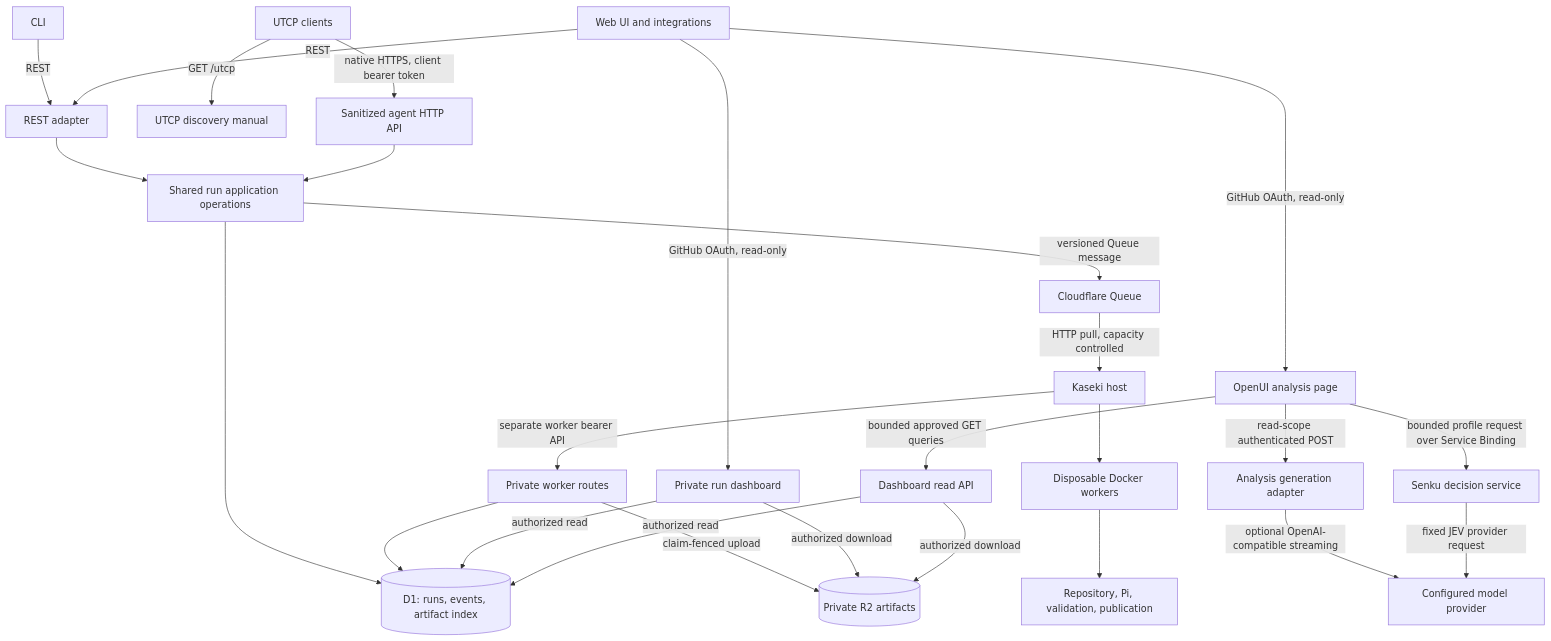
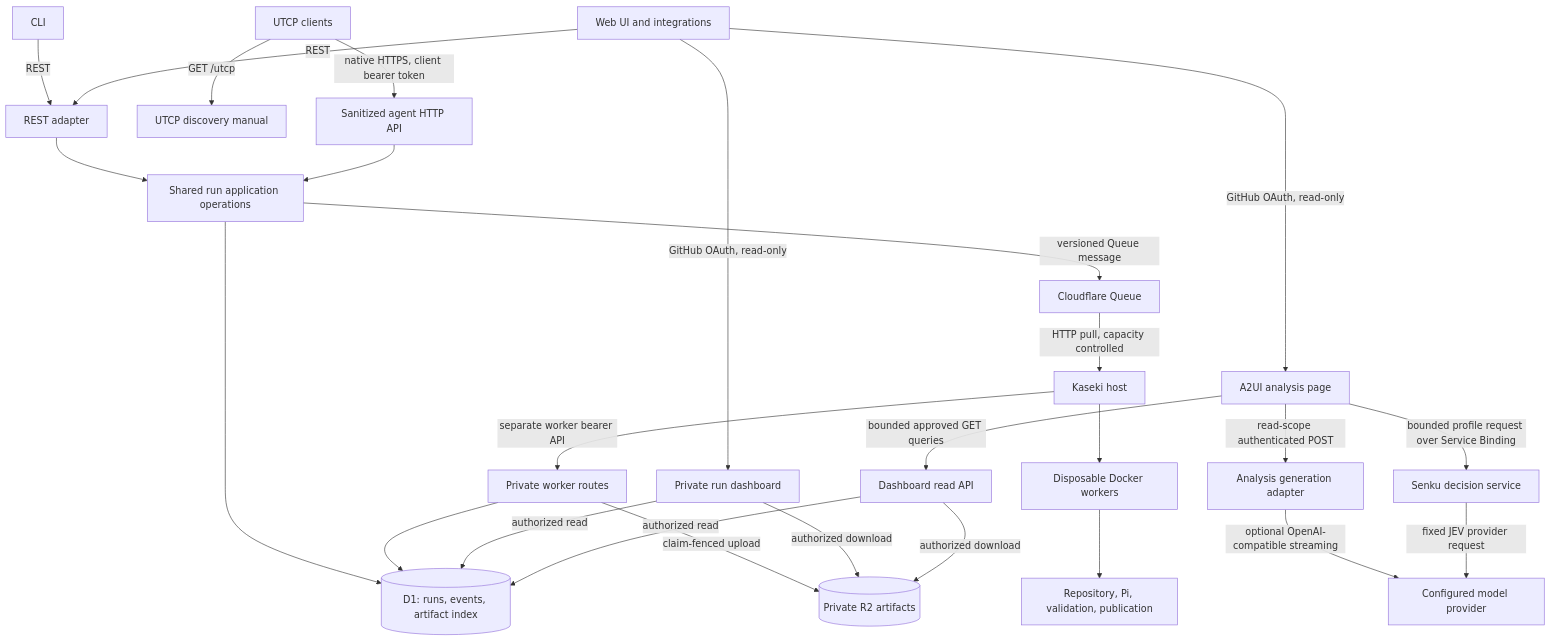
The first of 2 diagrams in docs/ARCHITECTURE.md (CyanAutomation/soyuz), drawn with Mermaid before and after one commit. The commit also changed other lines of this file and 52 other files, not shown here.

````diff
--- a/docs/ARCHITECTURE.md
+++ b/docs/ARCHITECTURE.md
@@ -3,28 +3,28 @@
 ```mermaid
 flowchart TD
     CLI[CLI] -->|REST| REST[REST adapter]
     UI[Web UI and integrations] -->|REST| REST
     UI -->|GitHub OAuth, read-only| Dashboard[Private run dashboard]
-    UI -->|GitHub OAuth, read-only| Analysis[OpenUI analysis page]
+    UI -->|GitHub OAuth, read-only| Analysis[A2UI analysis page]
     Analysis -->|bounded approved GET queries| DashboardApi[Dashboard read API]
     Analysis -->|read-scope authenticated POST| Generation[Analysis generation adapter]
     Generation -->|optional OpenAI-compatible streaming| Provider[Configured model provider]
     Analysis -->|bounded profile request over Service Binding| Senku[Senku decision service]
     Senku -->|fixed JEV provider request| Provider
     AI[UTCP clients] -->|GET /utcp| Manual[UTCP discovery manual]
     AI -->|native HTTPS, client bearer token| AgentApi[Sanitized agent HTTP API]
     REST --> App[Shared run application operations]
     AgentApi --> App
     App --> D1[(D1: runs, events, artifact index)]
     App -->|versioned Queue message| Q[Cloudflare Queue]
     Q -->|HTTP pull, capacity controlled| K[Kaseki host]
     K -->|separate worker bearer API| Worker[Private worker routes]
     Worker --> D1
     Worker -->|claim-fenced upload| R2[(Private R2 artifacts)]
     Dashboard -->|authorized read| D1
     Dashboard -->|authorized download| R2
     DashboardApi -->|authorized read| D1
     DashboardApi -->|authorized download| R2
     K --> Docker[Disposable Docker workers]
     Docker --> Repo[Repository, Pi, validation, publication]
 ```
````
